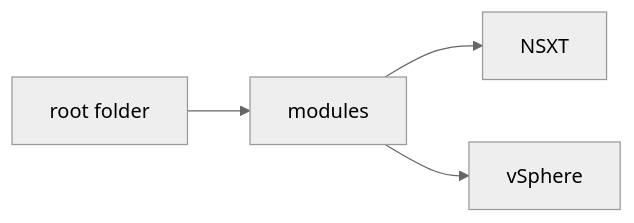
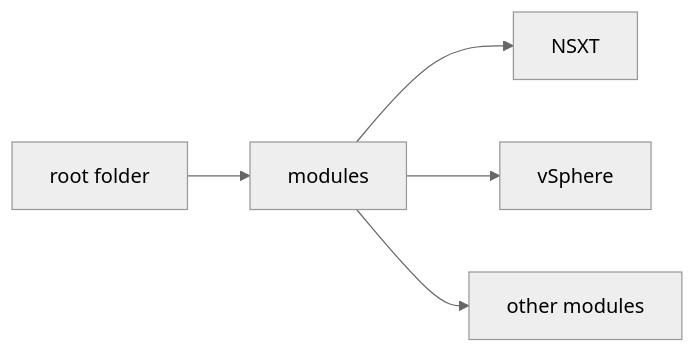
Before and after one commit to carsonpadawon/SDDC_IaC: the diagram in README.md, drawn with Mermaid (neutral theme). The commit also changed other lines of this file and 2 other files, not shown here.

````diff
--- a/README.md
+++ b/README.md
@@ -13,6 +13,7 @@
 ```mermaid
 flowchart LR
     a[root folder] --> b[modules]
     b[modules] --> c[NSXT]
     b[modules] --> d[vSphere]
+    b[modules] --> e[other modules]
 ```
````
